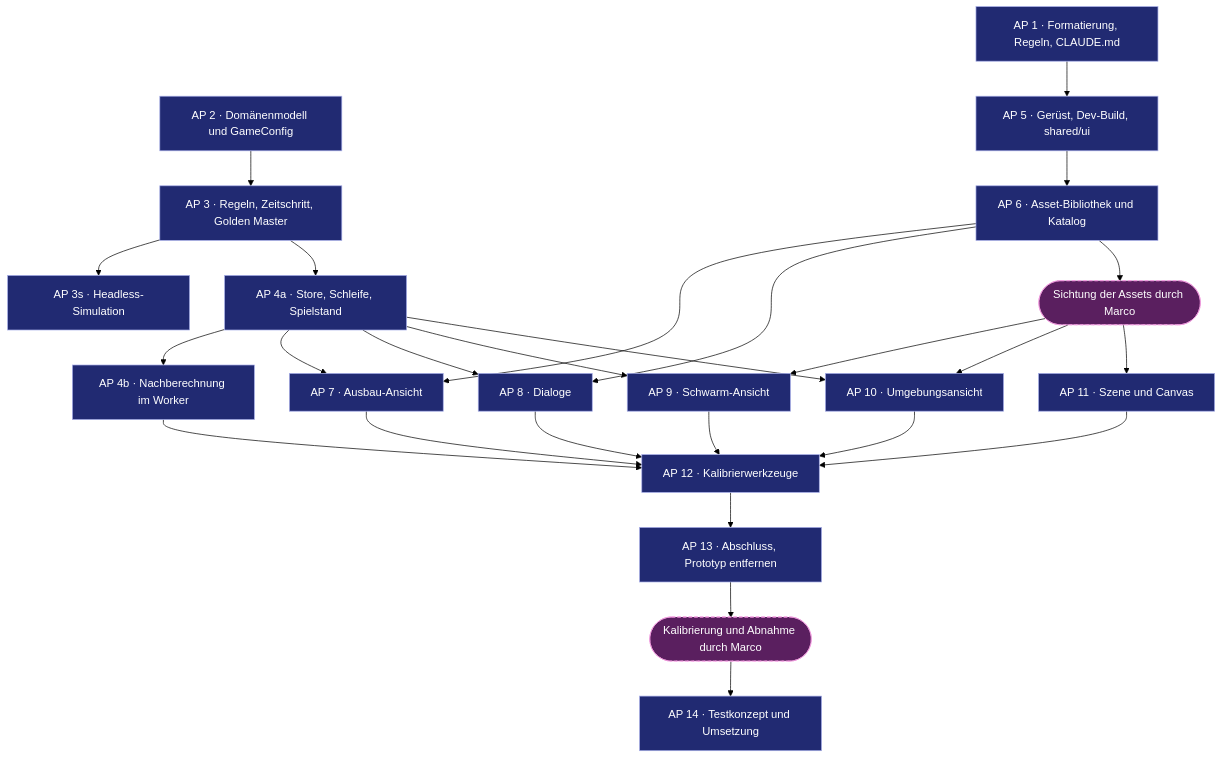
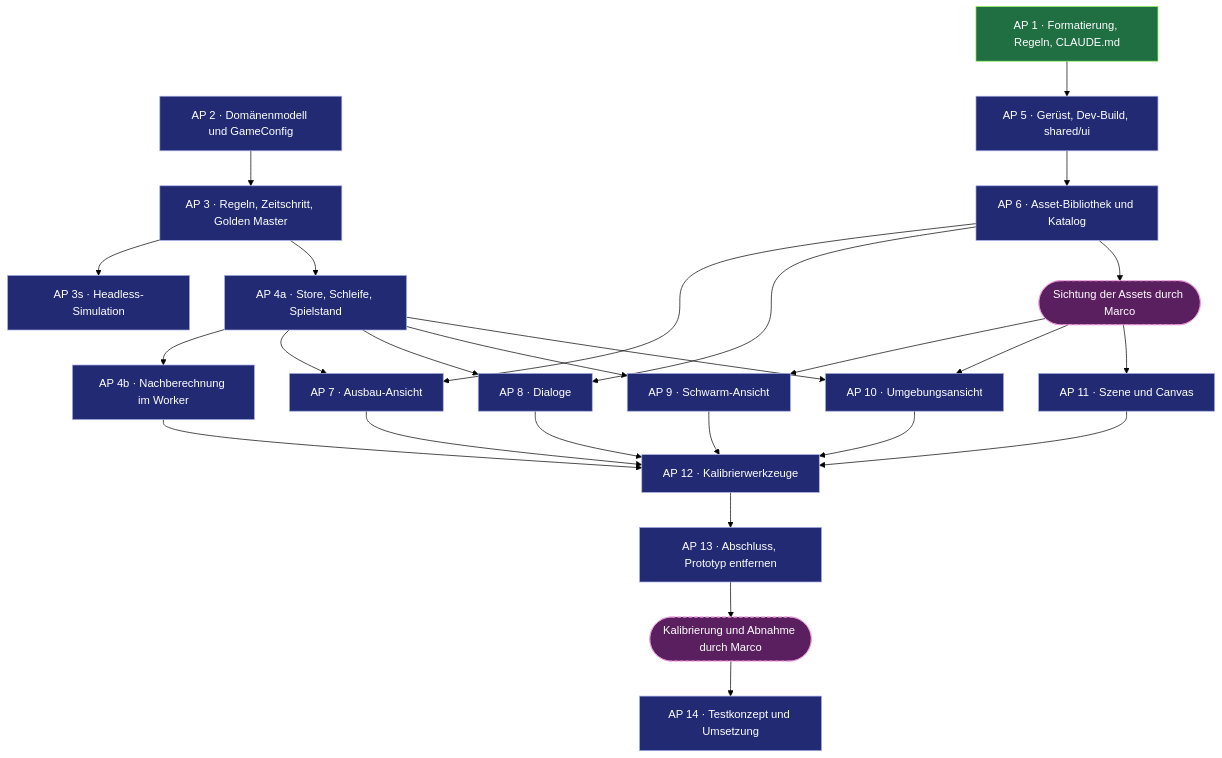
Before and after one commit to algoristic/IdleSwarm: the diagram in docs/plan-angular-umbau.md, drawn with Mermaid (forest theme). The commit also changed other lines of this file and 2 other files, not shown here.

Commit message:
docs: freeze the prototype, document the domains dev and shared and mark AP 1 as done
CLAUDE.md now describes the frozen prototype, the domain direction dev → game → shared, the
fixed de-DE abbreviations and the loose testing until the user's acceptance. The new rule file
.claude/rules/shared.md describes the formatting functions and pipes.

````diff
--- a/docs/plan-angular-umbau.md
+++ b/docs/plan-angular-umbau.md
@@ -9,55 +9,56 @@
 ```mermaid
 flowchart TD
   classDef done fill:#1f6f43,stroke:#8cf25a,color:#ffffff
   classDef active fill:#7a5a10,stroke:#f2c94c,color:#ffffff
   classDef open fill:#212a72,stroke:#a7aee8,color:#ffffff
   classDef user fill:#5a1f5f,stroke:#f29be0,color:#ffffff,stroke-dasharray:5 3
 
   AP1["AP 1 · Formatierung, Regeln, CLAUDE.md"]
   AP2["AP 2 · Domänenmodell und GameConfig"]
   AP3["AP 3 · Regeln, Zeitschritt, Golden Master"]
   AP3s["AP 3s · Headless-Simulation"]
   AP4a["AP 4a · Store, Schleife, Spielstand"]
   AP4b["AP 4b · Nachberechnung im Worker"]
   AP5["AP 5 · Gerüst, Dev-Build, shared/ui"]
   AP6["AP 6 · Asset-Bibliothek und Katalog"]
   AP7["AP 7 · Ausbau-Ansicht"]
   AP8["AP 8 · Dialoge"]
   S1(["Sichtung der Assets durch Marco"])
   AP9["AP 9 · Schwarm-Ansicht"]
   AP10["AP 10 · Umgebungsansicht"]
   AP11["AP 11 · Szene und Canvas"]
   AP12["AP 12 · Kalibrierwerkzeuge"]
   AP13["AP 13 · Abschluss, Prototyp entfernen"]
   S2(["Kalibrierung und Abnahme durch Marco"])
   AP14["AP 14 · Testkonzept und Umsetzung"]
 
   AP1 --> AP5
   AP2 --> AP3
   AP3 --> AP3s
   AP3 --> AP4a
   AP4a --> AP4b
   AP5 --> AP6
   AP6 --> AP7
   AP6 --> AP8
   AP6 --> S1
   AP4a --> AP7
   AP4a --> AP8
   S1 --> AP9
   S1 --> AP10
   S1 --> AP11
   AP4a --> AP9
   AP4a --> AP10
   AP4b --> AP12
   AP7 --> AP12
   AP8 --> AP12
   AP9 --> AP12
   AP10 --> AP12
   AP11 --> AP12
   AP12 --> AP13
   AP13 --> S2
   S2 --> AP14
 
-  class AP1,AP2,AP3,AP3s,AP4a,AP4b,AP5,AP6,AP7,AP8,AP9,AP10,AP11,AP12,AP13,AP14 open
+  class AP1 done
+  class AP2,AP3,AP3s,AP4a,AP4b,AP5,AP6,AP7,AP8,AP9,AP10,AP11,AP12,AP13,AP14 open
   class S1,S2 user
 ```
````
